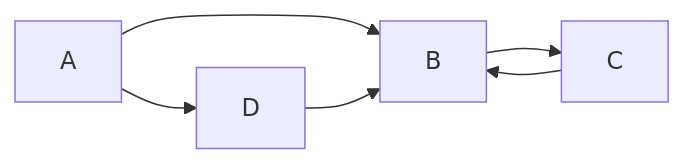
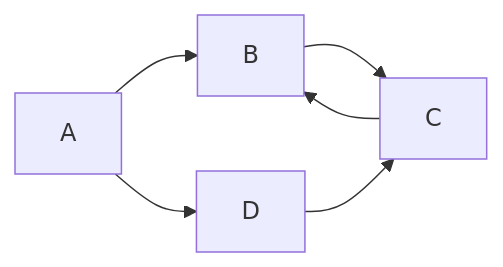
One commit to wshh08/Cpython_internals_notes changed the first of 6 diagrams in Cpython_Internals笔记 _模板.md. Above: the diagram before and after it, drawn with Mermaid. The commit also changed other lines of this file and 6 other files, not shown here.

````diff
--- a/Cpython_Internals笔记 _模板.md
+++ b/Cpython_Internals笔记 _模板.md
@@ -4,8 +4,8 @@
 ```mermaid
 graph LR
     A-->B;
 	B-->C;
 	C-->B;
 	A-->D;
-	D-->B;
+	D-->C;
 ```
````
